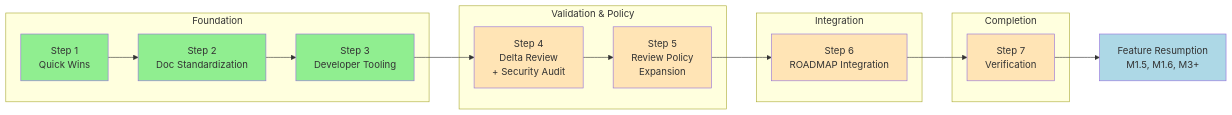
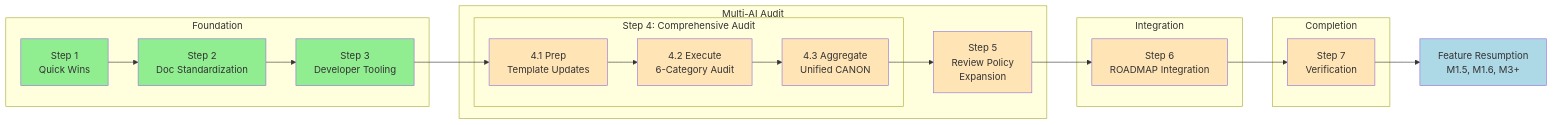
Before and after one commit to jasonmichaelbell78-creator/sonash-v0: the diagram in docs/INTEGRATED_IMPROVEMENT_PLAN.md, drawn with Mermaid. The commit also changed other lines of this file, not shown here.

First line of the commit message:
docs: Expand Step 4 with 6-category multi-AI audit framework

````diff
--- a/docs/INTEGRATED_IMPROVEMENT_PLAN.md
+++ b/docs/INTEGRATED_IMPROVEMENT_PLAN.md
@@ -50,39 +50,47 @@
 ```mermaid
 flowchart LR
     subgraph Phase1["Foundation"]
         S1[Step 1\nQuick Wins]
         S2[Step 2\nDoc Standardization]
         S3[Step 3\nDeveloper Tooling]
     end
 
-    subgraph Phase2["Validation & Policy"]
-        S4[Step 4\nDelta Review\n+ Security Audit]
+    subgraph Phase2["Multi-AI Audit"]
+        subgraph S4["Step 4: Comprehensive Audit"]
+            S4a[4.1 Prep\nTemplate Updates]
+            S4b[4.2 Execute\n6-Category Audit]
+            S4c[4.3 Aggregate\nUnified CANON]
+        end
         S5[Step 5\nReview Policy\nExpansion]
     end
 
     subgraph Phase3["Integration"]
         S6[Step 6\nROADMAP Integration]
     end
 
     subgraph Phase4["Completion"]
         S7[Step 7\nVerification]
     end
 
     S1 --> S2
     S2 --> S3
-    S3 --> S4
-    S4 --> S5
+    S3 --> S4a
+    S4a --> S4b
+    S4b --> S4c
+    S4c --> S5
     S5 --> S6
     S6 --> S7
 
     S7 --> FR[Feature Resumption\nM1.5, M1.6, M3+]
 
     style S1 fill:#90EE90
     style S2 fill:#90EE90
     style S3 fill:#90EE90
-    style S4 fill:#FFE4B5
+    style S4a fill:#FFE4B5
+    style S4b fill:#FFE4B5
+    style S4c fill:#FFE4B5
     style S5 fill:#FFE4B5
     style S6 fill:#FFE4B5
     style S7 fill:#FFE4B5
     style FR fill:#ADD8E6
 ```
````
